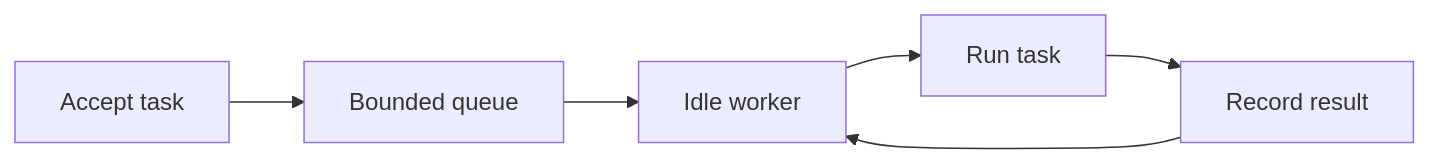
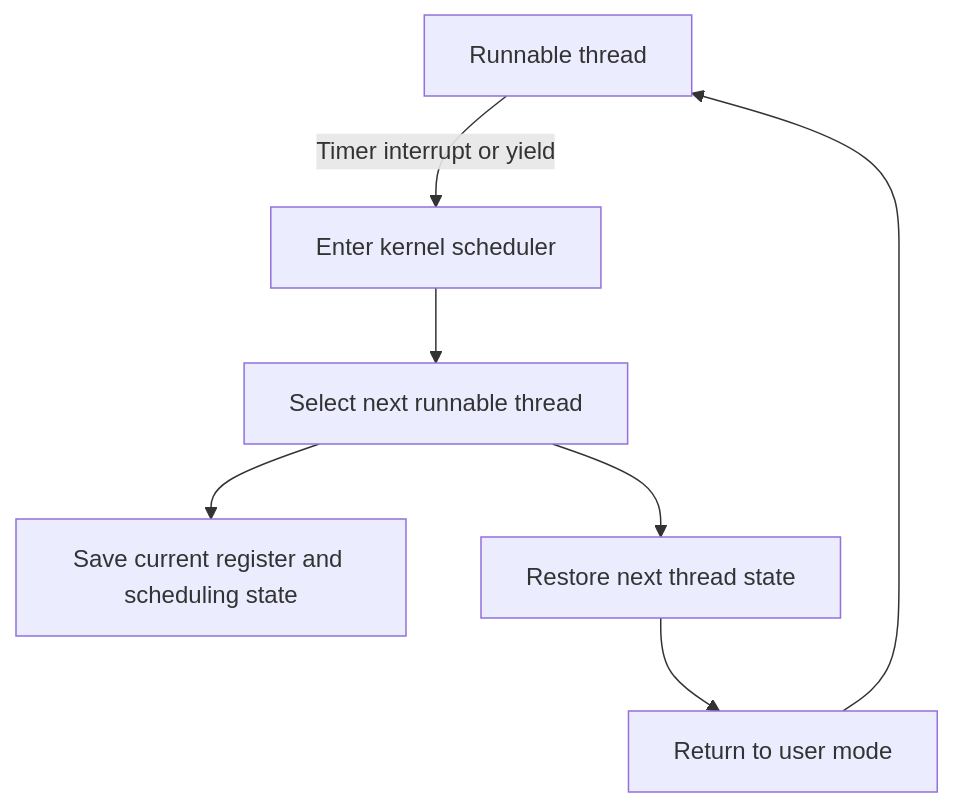
The diagram in content/docs/05-cloud-devops/03-operating-systems-kernel-mechanics/01-processes-threads.md (gerarldlee/algorithmsbook), drawn with Mermaid before and after one commit. The commit also changed other lines of this file and 61 other files, not shown here.

````diff
--- a/content/docs/05-cloud-devops/03-operating-systems-kernel-mechanics/01-processes-threads.md
+++ b/content/docs/05-cloud-devops/03-operating-systems-kernel-mechanics/01-processes-threads.md
@@ -19,8 +20,9 @@
 ```mermaid
-flowchart LR
-    A[Accept task] --> B[Bounded queue]
-    B --> C[Idle worker]
-    C --> D[Run task]
-    D --> E[Record result]
-    E --> C
+flowchart TD
+    Runnable[Runnable thread] -->|Timer interrupt or yield| Entry[Enter kernel scheduler]
+    Entry --> Select[Select next runnable thread]
+    Select --> Save[Save current register and scheduling state]
+    Select --> Restore[Restore next thread state]
+    Restore --> Return[Return to user mode]
+    Return --> Runnable
 ```
````
